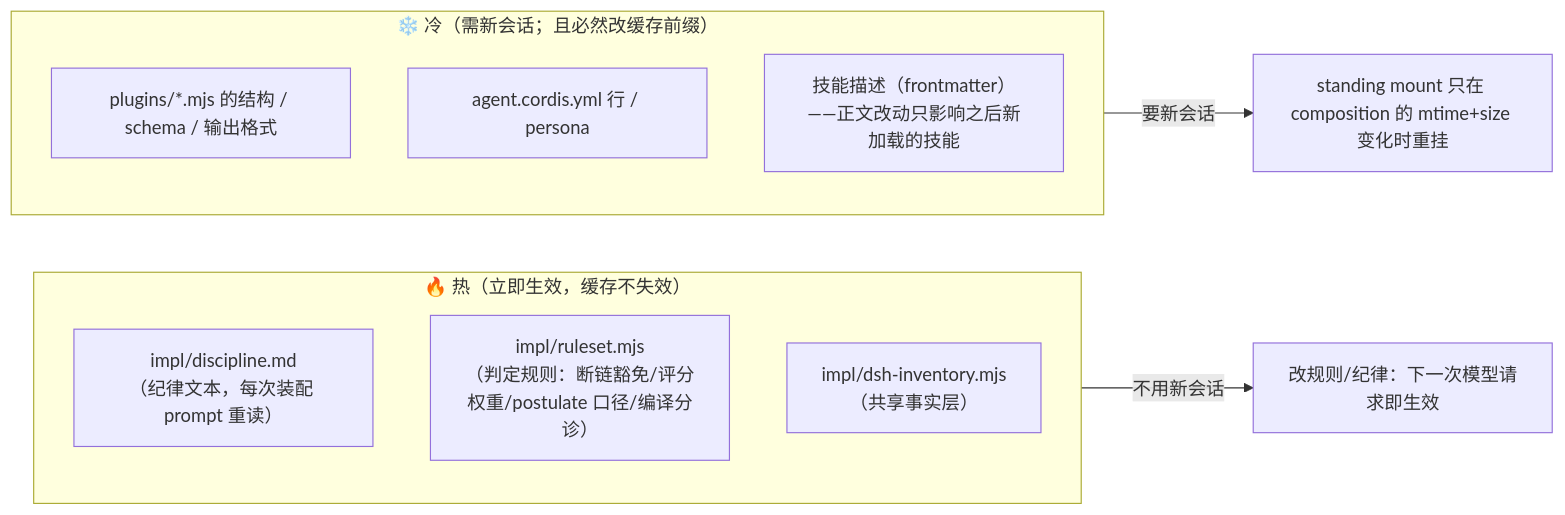
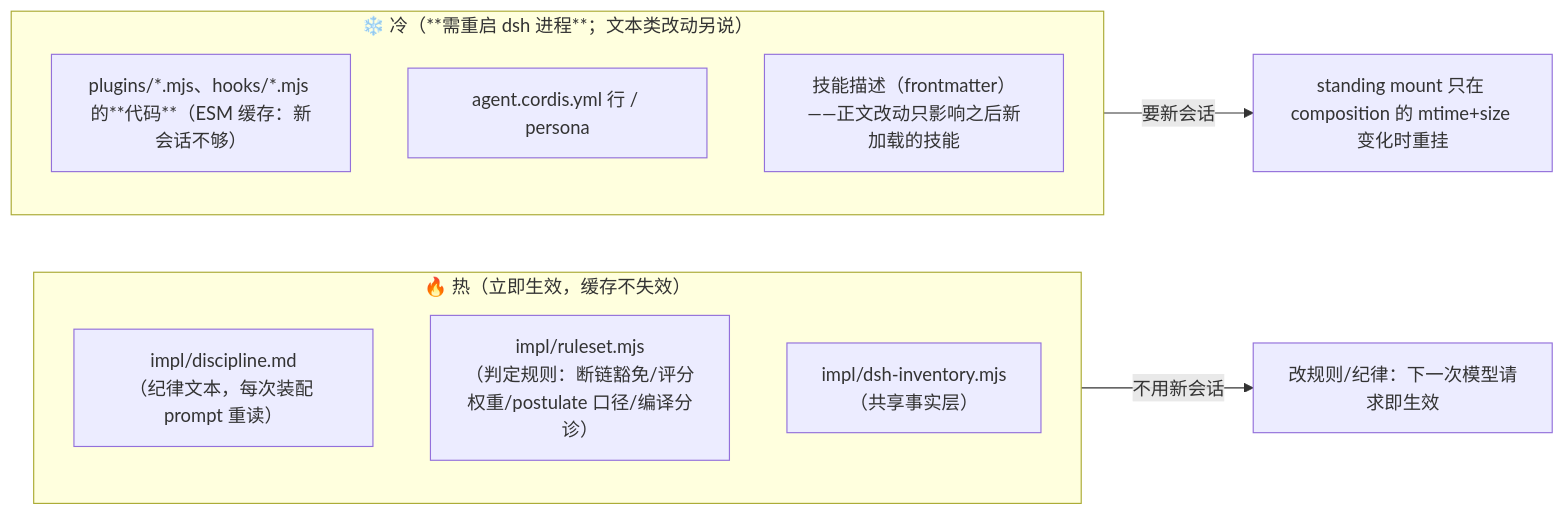
The second of 2 diagrams in math-proof/docs/maps/M5-lifecycle.md (clearnature/dsh-math-proof), drawn with Mermaid before and after one commit. The commit also changed other lines of this file and 8 other files, not shown here.

````diff
--- a/math-proof/docs/maps/M5-lifecycle.md
+++ b/math-proof/docs/maps/M5-lifecycle.md
@@ -53,15 +53,15 @@
 ```mermaid
 graph LR
   subgraph HOT["🔥 热（立即生效，缓存不失效）"]
     H1["impl/discipline.md<br/>（纪律文本，每次装配 prompt 重读）"]
     H2["impl/ruleset.mjs<br/>（判定规则：断链豁免/评分权重/postulate 口径/编译分诊）"]
     H3["impl/dsh-inventory.mjs<br/>（共享事实层）"]
   end
-  subgraph COLD["❄️ 冷（需新会话；且必然改缓存前缀）"]
-    C1["plugins/*.mjs 的结构 / schema / 输出格式"]
+  subgraph COLD["❄️ 冷（**需重启 dsh 进程**；文本类改动另说）"]
+    C1["plugins/*.mjs、hooks/*.mjs 的**代码**（ESM 缓存：新会话不够）"]
     C2["agent.cordis.yml 行 / persona"]
     C3["技能描述（frontmatter）——正文改动只影响之后新加载的技能"]
   end
   HOT -->|不用新会话| OK1["改规则/纪律：下一次模型请求即生效"]
   COLD -->|要新会话| OK2["standing mount 只在 composition 的 mtime+size 变化时重挂"]
 ```
````
